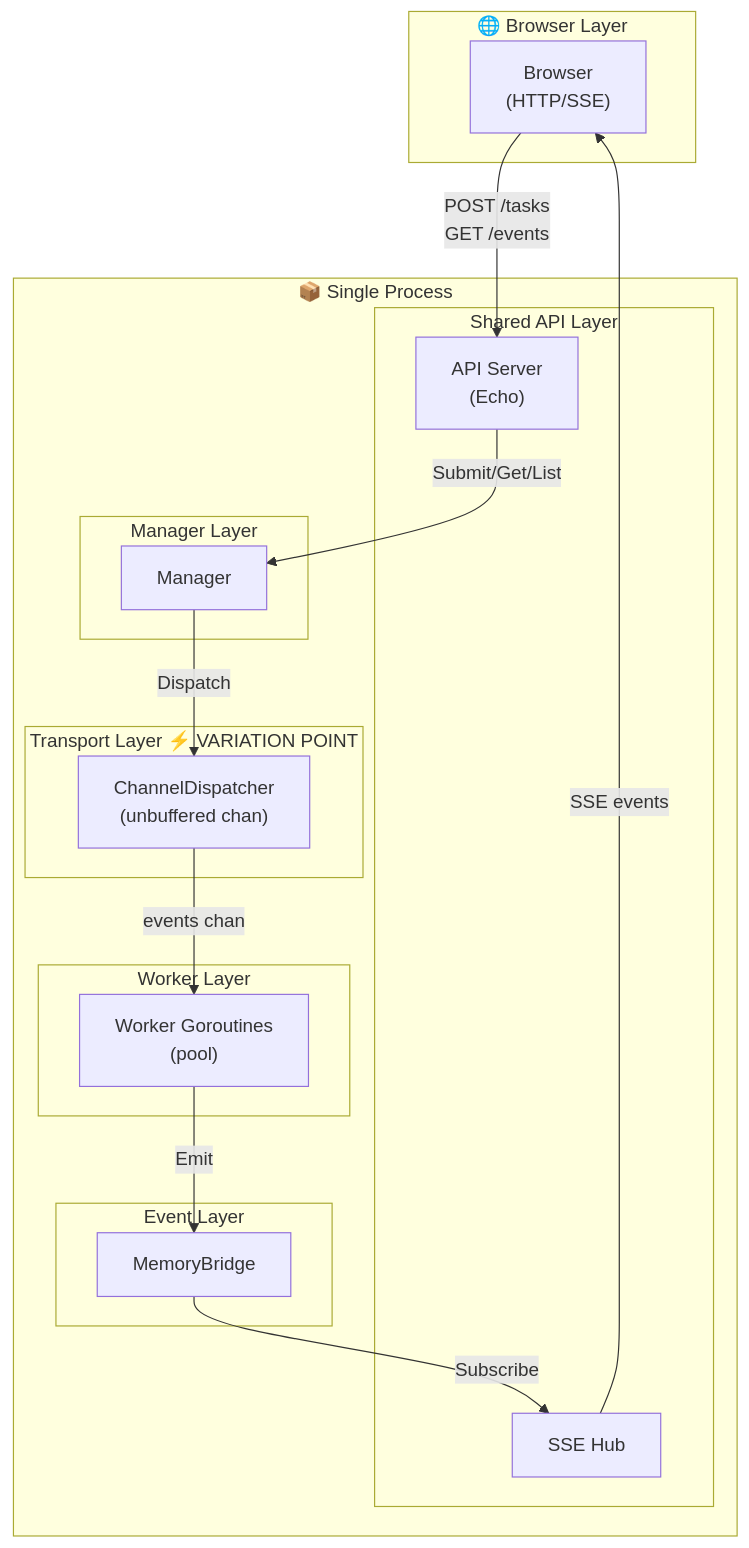
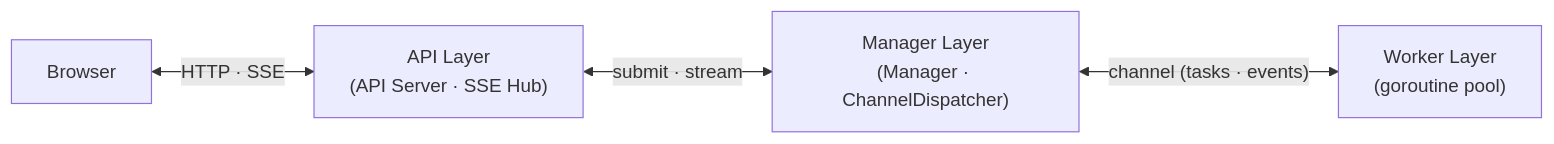
The second of 7 diagrams in README.md (deyarchit/work-distribution-patterns), drawn with Mermaid before and after one commit. The commit also changed other lines of this file, not shown here.

````diff
--- a/README.md
+++ b/README.md
@@ -30,37 +48,11 @@
 ```mermaid
-graph TB
-    subgraph L1["🌐 Browser Layer"]
-        Browser["Browser<br/>(HTTP/SSE)"]
-    end
+graph LR
+    Browser["Browser"]
+    API["API Layer<br/>(API Server · SSE Hub)"]
+    Manager["Manager Layer<br/>(Manager · ChannelDispatcher)"]
+    Workers["Worker Layer<br/>(goroutine pool)"]
 
-    subgraph L2["📦 Single Process"]
-        subgraph L2a["Shared API Layer"]
-            API["API Server<br/>(Echo)"]
-            Hub["SSE Hub"]
-        end
-
-        subgraph L2b["Manager Layer"]
-            Manager["Manager"]
-        end
-
-        subgraph L2c["Transport Layer ⚡ VARIATION POINT"]
-            CD["ChannelDispatcher<br/>(unbuffered chan)"]
-        end
-
-        subgraph L2d["Worker Layer"]
-            Workers["Worker Goroutines<br/>(pool)"]
-        end
-
-        subgraph L2e["Event Layer"]
-            Bridge["MemoryBridge"]
-        end
-    end
-
-    Browser -->|POST /tasks<br/>GET /events| API
-    API -->|Submit/Get/List| Manager
-    Manager -->|Dispatch| CD
-    CD -->|events chan| Workers
-    Workers -->|Emit| Bridge
-    Bridge -->|Subscribe| Hub
-    Hub -->|SSE events| Browser
+    Browser <-->|"HTTP · SSE"| API
+    API <-->|"submit · stream"| Manager
+    Manager <-->|"channel (tasks · events)"| Workers
 ```
````
